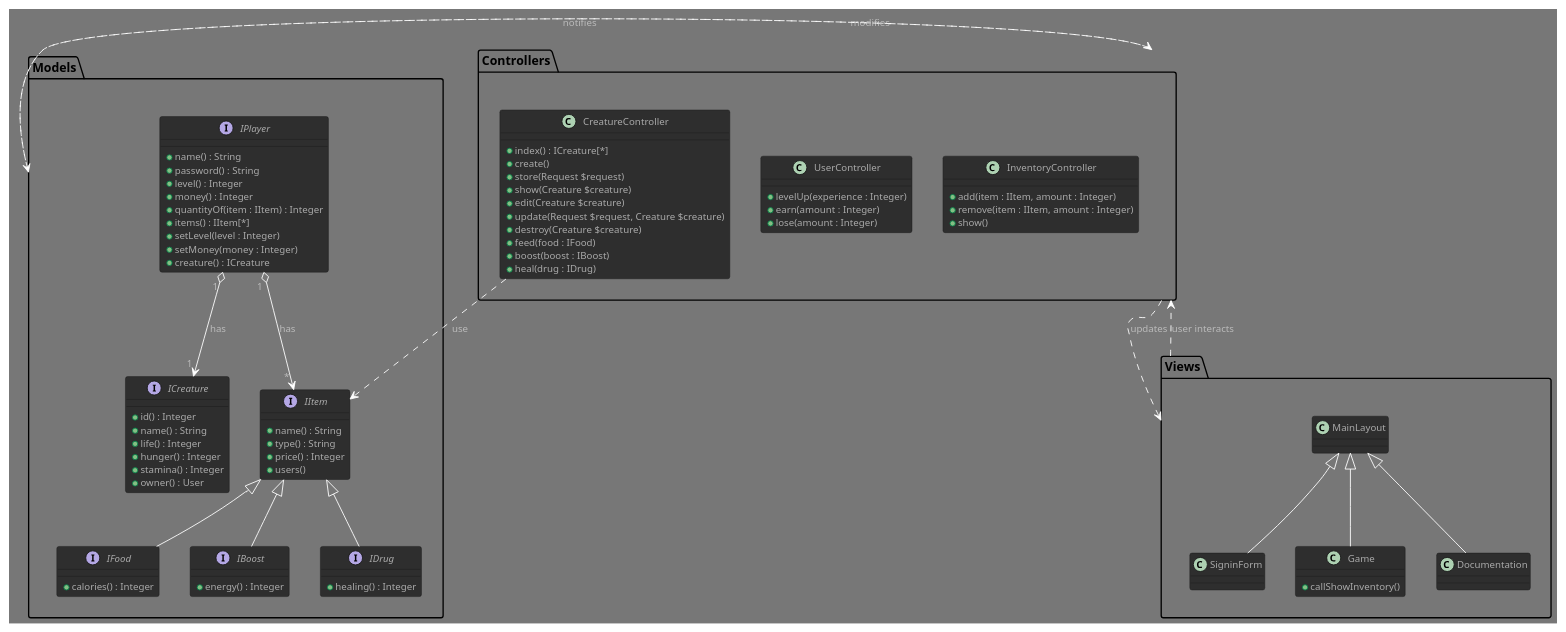
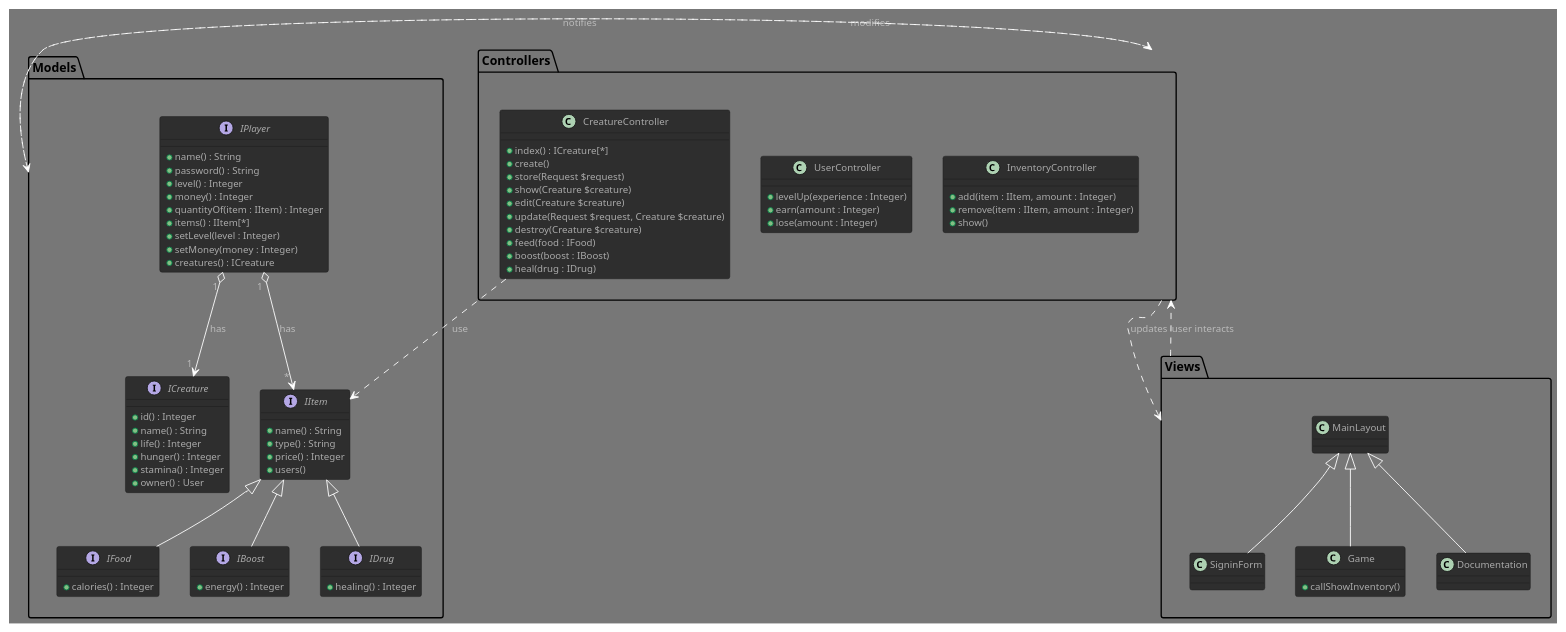
The diagram in VirtualNoe.puml (GlazKrovi/VirtualNoe), drawn with PlantUML before and after one commit. The commit also changed 10 other files, not shown here.

```diff
--- a/VirtualNoe.puml
+++ b/VirtualNoe.puml
@@ -1,113 +1,113 @@
 @startuml VirtualNoe
 
 !theme reddress-darkgreen
 
 package Models
 {
     interface IPlayer
     {
         + name() : String
         + password() : String
         + level() : Integer
         + money() : Integer
         + quantityOf(item : IItem) : Integer
         + items() : IItem[*]
         + setLevel(level : Integer)
         + setMoney(money : Integer)
-        + creature() : ICreature
+        + creatures() : ICreature
     }
 
     interface IItem
     {
         + name() : String
         + type() : String
         + price() : Integer
         + users() /' get owners '/
     }
 
     interface IFood implements IItem
     {
         /' number of points added to hunger gauge '/
         + calories() : Integer  
     }
 
     interface IBoost implements IItem
     {
         /' number of points added to stamina gauge '/
         + energy() : Integer
     }
 
     interface IDrug implements IItem
     {
         /' number of points added to life gauge '/
         + healing() : Integer
     }
 
     interface ICreature 
     { 
         + id() : Integer
         + name() : String
         + life() : Integer
         + hunger() : Integer
         + stamina() : Integer
         + owner() : User
     }
 }
 
 package Controllers 
 { 
     class InventoryController   /' use IPlayer '/
     {
         + add(item : IItem, amount : Integer) 
         + remove(item : IItem, amount : Integer)
         + show()
     }
 
     class UserController
     {
         /' Authentication system managed by laravel'/
         + levelUp(experience : Integer)
         + earn(amount : Integer) /' money '/
         + lose(amount : Integer) /' money '/
     }
 
     class CreatureController
     {
         + index() : ICreature[*]
         + create()
         + store(Request $request)
         + show(Creature $creature)
         + edit(Creature $creature)
         + update(Request $request, Creature $creature)
         + destroy(Creature $creature)
         + feed(food : IFood)
         + boost(boost : IBoost)
         + heal(drug : IDrug)
     }
 }
 
 package Views 
 { 
     class MainLayout
     class SigninForm extends MainLayout   /' home, index '/
     class Game extends MainLayout   /' main game window '/
     {
         + callShowInventory()
     }
     class Documentation extends MainLayout   /' tutorial, etc. '/
 }
 
 /' AGREGATIONS / COMPOSITIONS '/
 IPlayer" 1 " o--> " * "IItem : has
 IPlayer" 1 " o--> " 1 "ICreature : has
 
 /' USING '/
 CreatureController ..> IItem : use             
 
 /' MVC '/
 Controllers ..> Models : modifies
 Controllers ..> Views : updates
 Views ..> Controllers : user interacts
 Models ..> Controllers : notifies 
 
 @enduml
```
